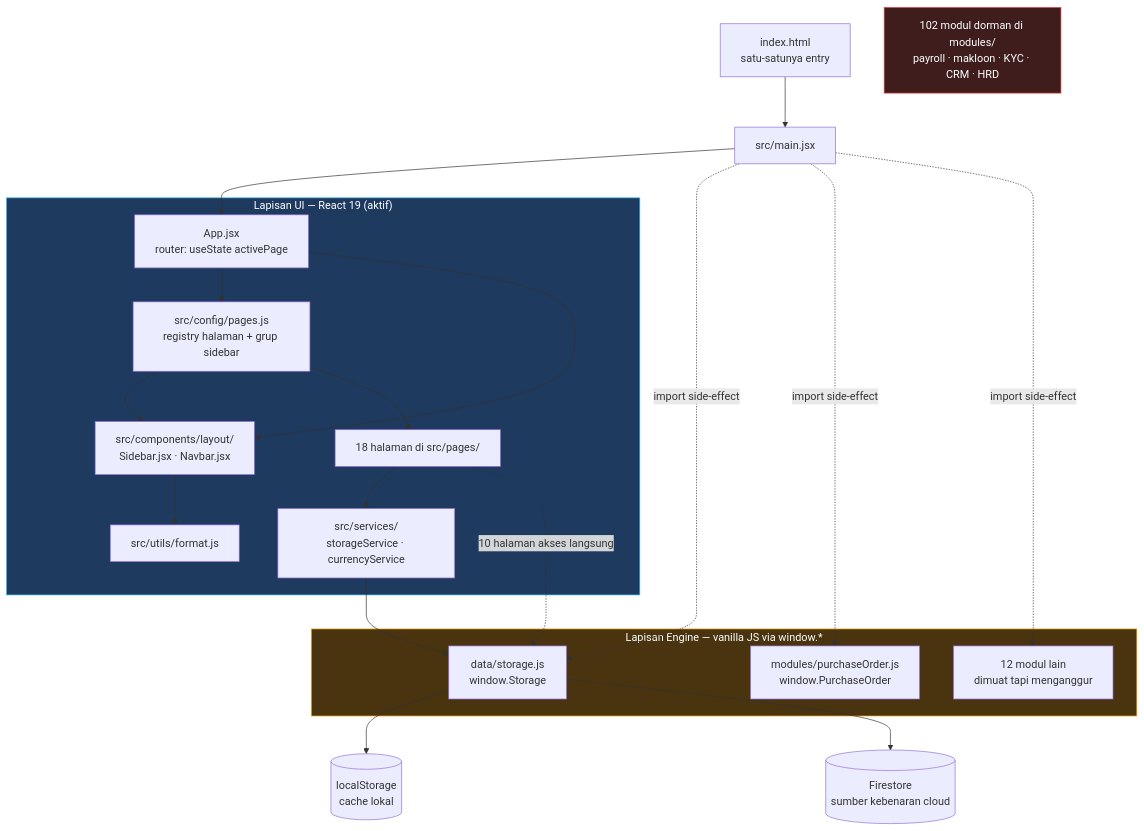
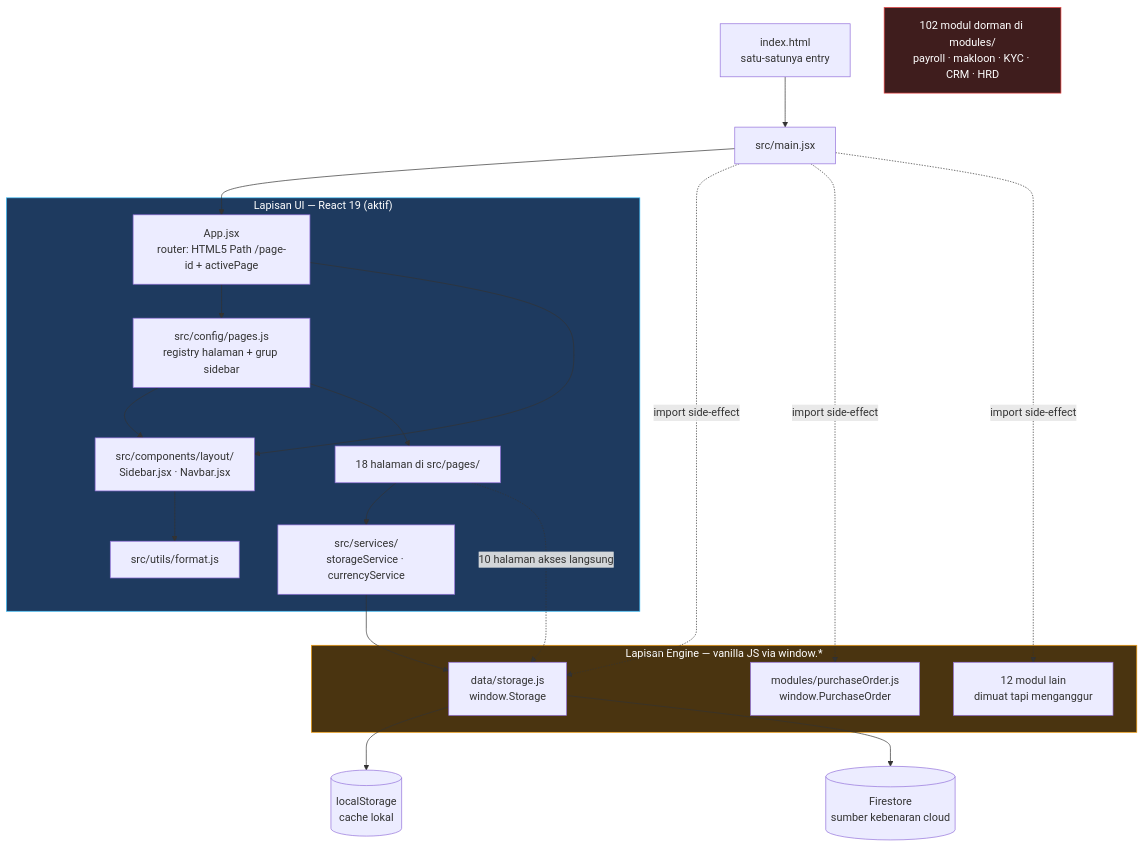
Before and after one commit to zemetia/zemetia-nextjs-fbe-pro-vibecode-boilerplate: the diagram in docs/blueprint/ARCHITECTURE.md, drawn with Mermaid. The commit also changed other lines of this file and 48 other files, not shown here.

````diff
--- a/docs/blueprint/ARCHITECTURE.md
+++ b/docs/blueprint/ARCHITECTURE.md
@@ -11,43 +11,43 @@
 ```mermaid
 graph TB
     IDX["index.html<br/>satu-satunya entry"] --> MAIN["src/main.jsx"]
 
     subgraph UI["Lapisan UI — React 19 (aktif)"]
-        APP["App.jsx<br/>router: useState activePage"]
+        APP["App.jsx<br/>router: HTML5 Path /page-id + activePage"]
         CFG["src/config/pages.js<br/>registry halaman + grup sidebar"]
         SIDE["src/components/layout/<br/>Sidebar.jsx · Navbar.jsx"]
         PAGES["18 halaman di src/pages/"]
         SVC["src/services/<br/>storageService · currencyService"]
         UTL["src/utils/format.js"]
     end
 
     subgraph ENG["Lapisan Engine — vanilla JS via window.*"]
         STO["data/storage.js<br/>window.Storage"]
         PO["modules/purchaseOrder.js<br/>window.PurchaseOrder"]
         REST["12 modul lain<br/>dimuat tapi menganggur"]
     end
 
     DORM["102 modul dorman di modules/<br/>payroll · makloon · KYC · CRM · HRD"]
 
     LS[("localStorage<br/>cache lokal")]
     FS[("Firestore<br/>sumber kebenaran cloud")]
 
     MAIN --> APP
     MAIN -. import side-effect .-> STO
     MAIN -. import side-effect .-> PO
     MAIN -. import side-effect .-> REST
     APP --> CFG
     CFG --> SIDE
     CFG --> PAGES
     APP --> SIDE
     SIDE --> UTL
     PAGES --> SVC
     SVC --> STO
     PAGES -. 10 halaman akses langsung .-> STO
     STO --> LS
     STO --> FS
 
     style UI fill:#1e3a5f,stroke:#38bdf8,color:#fff
     style ENG fill:#4a3410,stroke:#f59e0b,color:#fff
     style DORM fill:#3f1d1d,stroke:#ef4444,color:#fff
 ```
````
